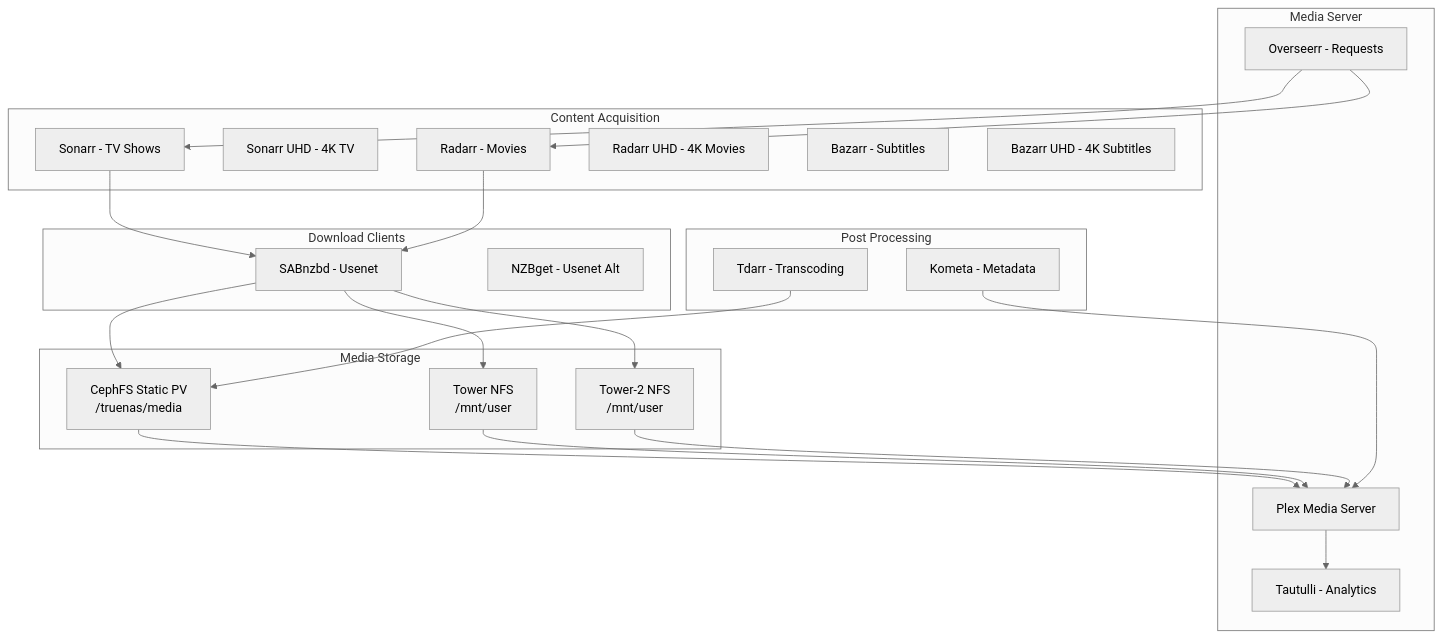
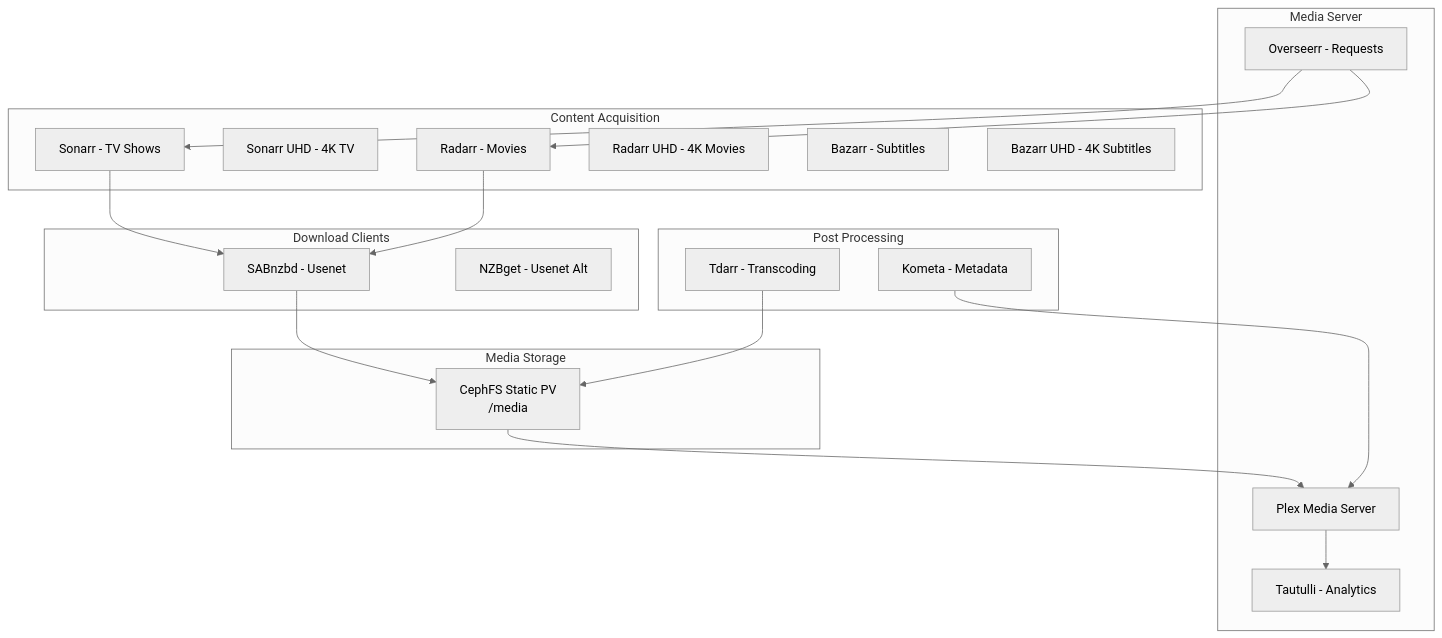
Before and after one commit to dapperdivers/dapper-cluster: the diagram in docs/src/apps/media.md, drawn with Mermaid (neutral theme). The commit also changed other lines of this file and 36 other files, not shown here.

````diff
--- a/docs/src/apps/media.md
+++ b/docs/src/apps/media.md
@@ -7,47 +7,41 @@
 ```mermaid
 graph TD
     subgraph Content Acquisition
         SONARR[Sonarr - TV Shows]
         SONARR_UHD[Sonarr UHD - 4K TV]
         RADARR[Radarr - Movies]
         RADARR_UHD[Radarr UHD - 4K Movies]
         BAZARR[Bazarr - Subtitles]
         BAZARR_UHD[Bazarr UHD - 4K Subtitles]
     end
 
     subgraph Download Clients
         SABNZBD[SABnzbd - Usenet]
         NZBGET[NZBget - Usenet Alt]
     end
 
     subgraph Media Storage
-        CEPHFS[CephFS Static PV<br>/truenas/media]
-        TOWER[Tower NFS<br>/mnt/user]
-        TOWER2[Tower-2 NFS<br>/mnt/user]
+        CEPHFS[CephFS Static PV<br>/media]
     end
 
     subgraph Media Server
         PLEX[Plex Media Server]
         TAUTULLI[Tautulli - Analytics]
         OVERSEERR[Overseerr - Requests]
     end
 
     subgraph Post Processing
         TDARR[Tdarr - Transcoding]
         KOMETA[Kometa - Metadata]
     end
 
     SONARR --> SABNZBD
     RADARR --> SABNZBD
     SABNZBD --> CEPHFS
-    SABNZBD --> TOWER
-    SABNZBD --> TOWER2
     CEPHFS --> PLEX
-    TOWER --> PLEX
-    TOWER2 --> PLEX
     PLEX --> TAUTULLI
     OVERSEERR --> SONARR
     OVERSEERR --> RADARR
     TDARR --> CEPHFS
     KOMETA --> PLEX
 ```
````
